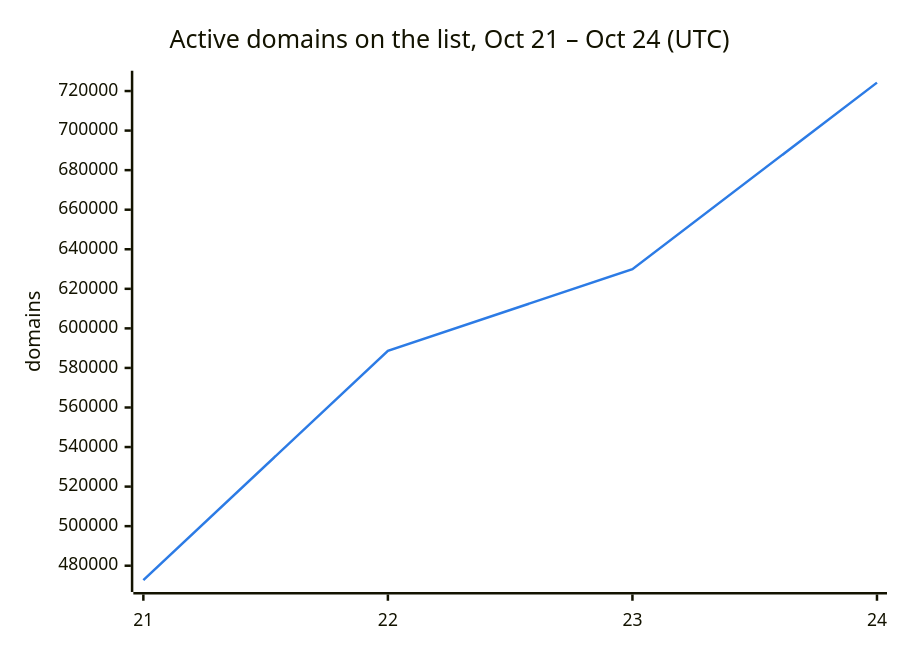
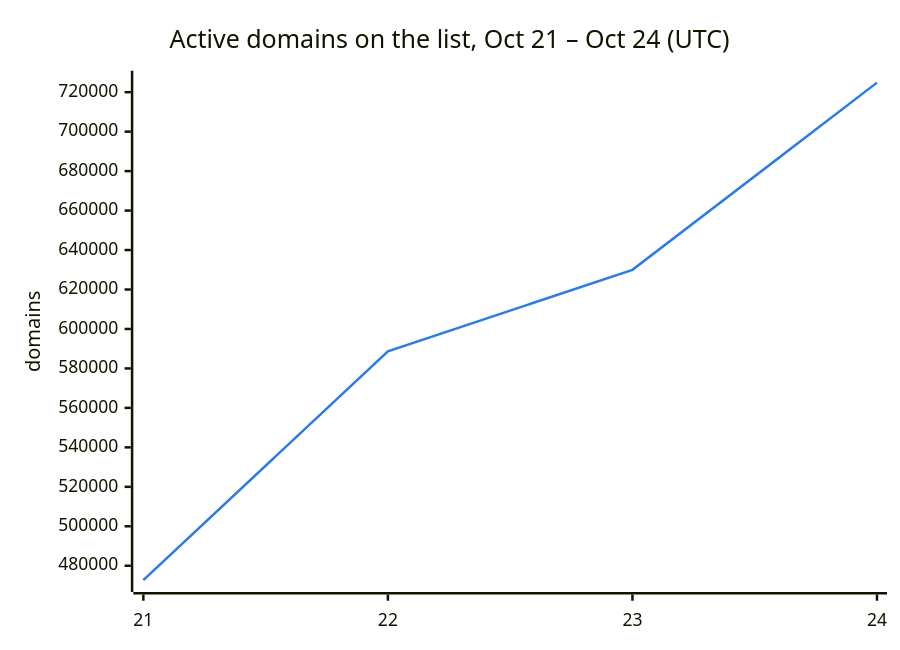
One commit to DNSBunker/CTI changed the second of 3 diagrams in README.md. Above: the diagram before and after it, drawn with Mermaid. The commit also changed other lines of this file and 3 other files, not shown here.

````diff
--- a/README.md
+++ b/README.md
@@ -38,8 +38,8 @@
 ```mermaid
 %%{init: {"themeVariables": {"xyChart": {"plotColorPalette": "#2c7be5"}}}}%%
 xychart-beta
     title "Active domains on the list, Oct 21 – Oct 24 (UTC)"
     x-axis ["21", "22", "23", "24"]
     y-axis "domains"
-    line [472713, 588659, 629951, 724251]
+    line [472713, 588659, 629951, 724844]
 ```
````
